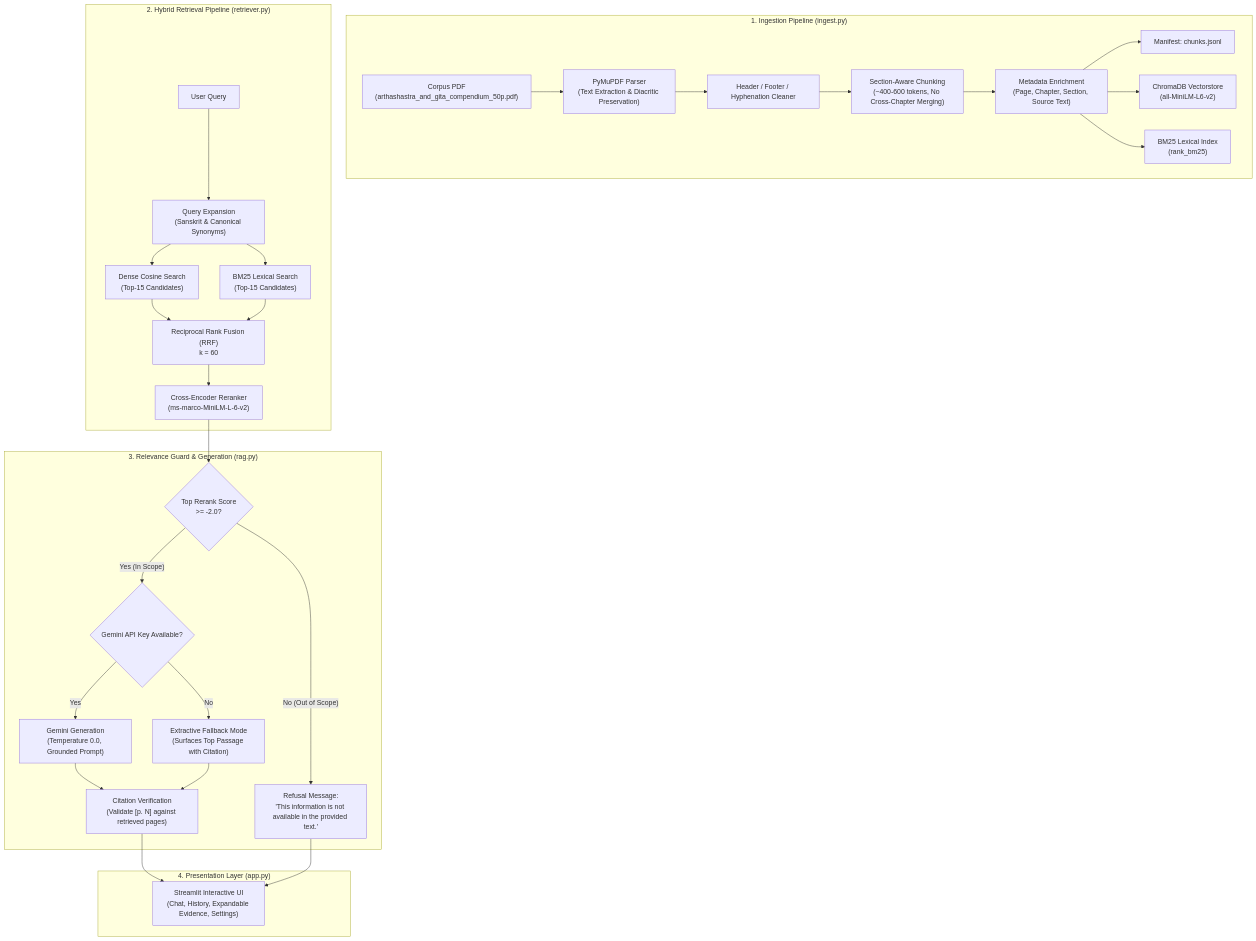
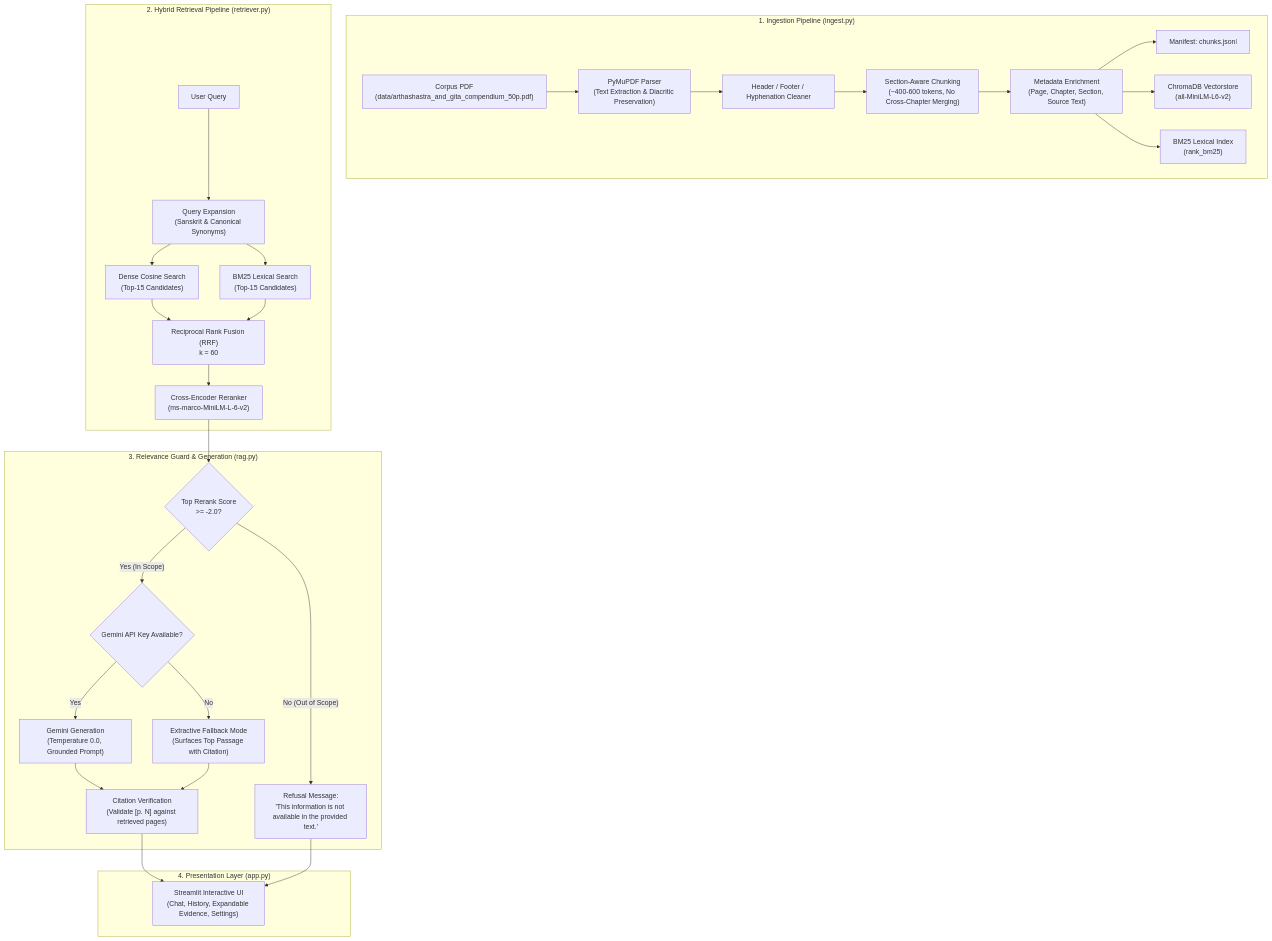
The diagram in README.md (sapnilbiswas/Mirai_MidSem_3), drawn with Mermaid before and after one commit. The commit also changed 3 other files, not shown here.

````diff
--- a/README.md
+++ b/README.md
@@ -13,36 +13,36 @@
 ```mermaid
 flowchart TD
     subgraph Ingestion["1. Ingestion Pipeline (ingest.py)"]
-        PDF["Corpus PDF<br/>(arthashastra_and_gita_compendium_50p.pdf)"] --> Parse["PyMuPDF Parser<br/>(Text Extraction & Diacritic Preservation)"]
+        PDF["Corpus PDF<br/>(data/arthashastra_and_gita_compendium_50p.pdf)"] --> Parse["PyMuPDF Parser<br/>(Text Extraction & Diacritic Preservation)"]
         Parse --> Clean["Header / Footer / Hyphenation Cleaner"]
         Clean --> Chunk["Section-Aware Chunking<br/>(~400-600 tokens, No Cross-Chapter Merging)"]
         Chunk --> Meta["Metadata Enrichment<br/>(Page, Chapter, Section, Source Text)"]
         Meta --> ChunksFile["Manifest: chunks.jsonl"]
         Meta --> DenseIdx["ChromaDB Vectorstore<br/>(all-MiniLM-L6-v2)"]
         Meta --> BM25Idx["BM25 Lexical Index<br/>(rank_bm25)"]
     end
 
     subgraph Retrieval["2. Hybrid Retrieval Pipeline (retriever.py)"]
         Query["User Query"] --> QueryExp["Query Expansion<br/>(Sanskrit & Canonical Synonyms)"]
         QueryExp --> DenseRet["Dense Cosine Search<br/>(Top-15 Candidates)"]
         QueryExp --> SparseRet["BM25 Lexical Search<br/>(Top-15 Candidates)"]
         DenseRet --> RRF["Reciprocal Rank Fusion (RRF)<br/>k = 60"]
         SparseRet --> RRF
         RRF --> Reranker["Cross-Encoder Reranker<br/>(ms-marco-MiniLM-L-6-v2)"]
     end
 
     subgraph Gating["3. Relevance Guard & Generation (rag.py)"]
         Reranker --> Gate{"Top Rerank Score<br/>>= -2.0?"}
         Gate -- No (Out of Scope) --> Refuse["Refusal Message:<br/>'This information is not available in the provided text.'"]
         Gate -- Yes (In Scope) --> LLMCall{"Gemini API Key Available?"}
         LLMCall -- Yes --> Gemini["Gemini Generation<br/>(Temperature 0.0, Grounded Prompt)"]
         LLMCall -- No --> Fallback["Extractive Fallback Mode<br/>(Surfaces Top Passage with Citation)"]
         Gemini --> Verify["Citation Verification<br/>(Validate [p. N] against retrieved pages)"]
         Fallback --> Verify
     end
 
     subgraph UI["4. Presentation Layer (app.py)"]
         Verify --> App["Streamlit Interactive UI<br/>(Chat, History, Expandable Evidence, Settings)"]
         Refuse --> App
     end
 ```
````
